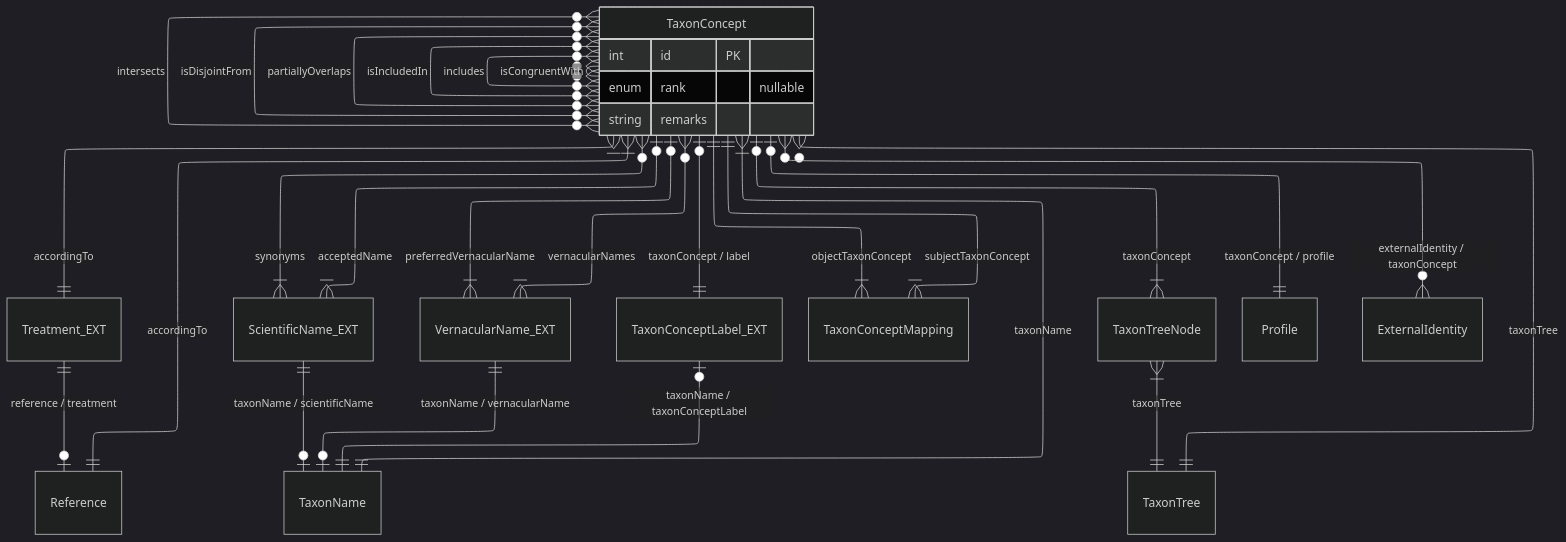
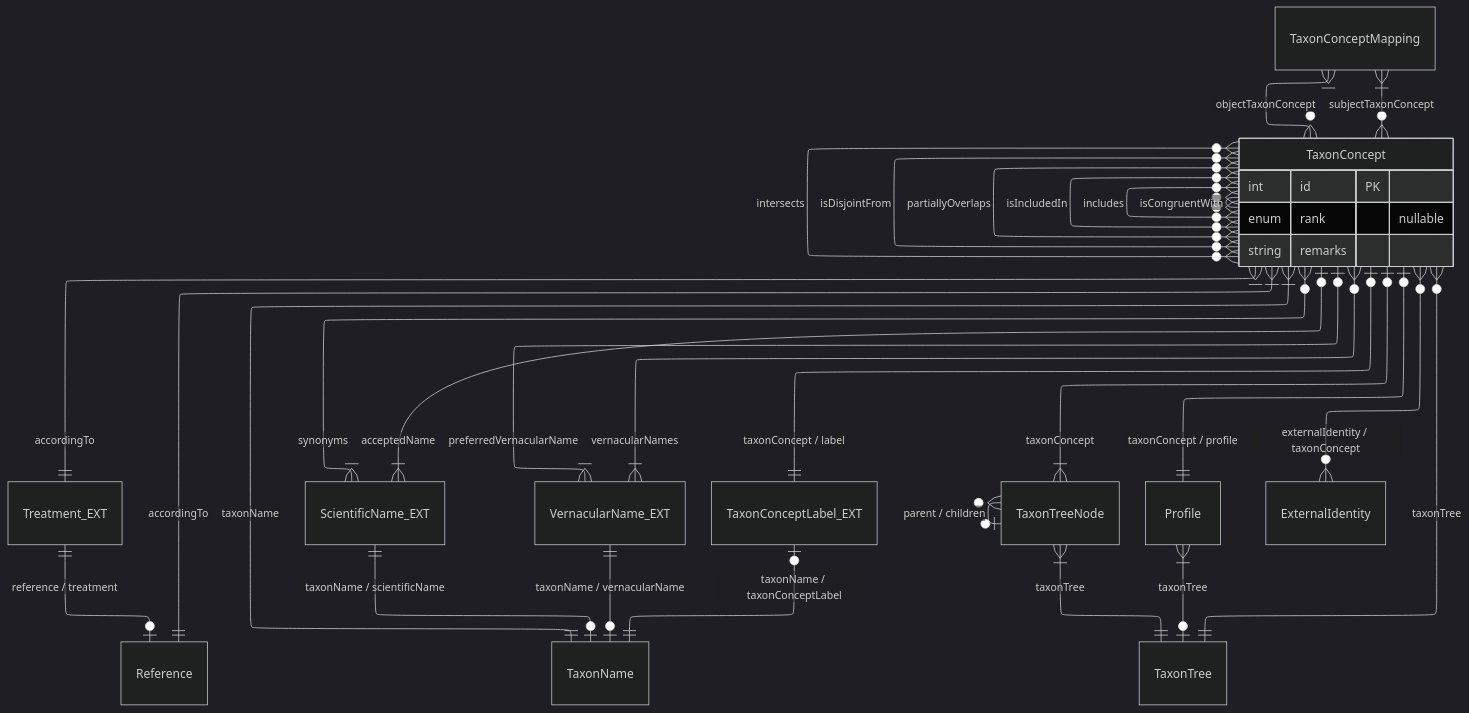
One commit to vicflora/vicflora-docs changed the diagram in source/_mermaid/layer-1a-concept.mmd. Above: the diagram before and after it, drawn with Mermaid (dark theme). The commit also changed 55 other files, not shown here.

```diff
--- a/source/_mermaid/layer-1a-concept.mmd
+++ b/source/_mermaid/layer-1a-concept.mmd
@@ -1,47 +1,50 @@
 ---
 config:
     layout: elk
 ---
 erDiagram
+  TaxonConceptMapping }|--o{ TaxonConcept : "subjectTaxonConcept"
+  TaxonConceptMapping }|--o{ TaxonConcept : "objectTaxonConcept"
+
+  TaxonConcept }o--o{ TaxonConcept: "isCongruentWith"
+  TaxonConcept }o--o{ TaxonConcept: "includes"
+  TaxonConcept }o--o{ TaxonConcept: "isIncludedIn"
+  TaxonConcept }o--o{ TaxonConcept: "partiallyOverlaps"
+  TaxonConcept }o--o{ TaxonConcept: "isDisjointFrom"
+  TaxonConcept }o--o{ TaxonConcept: "intersects"
+
   TaxonConcept }|--|| Reference : "accordingTo"
   TaxonConcept }|--|| Treatment_EXT : "accordingTo"
   Treatment_EXT ||--o| Reference : "reference / treatment"
 
   TaxonConcept }|--|| TaxonName : "taxonName"
   TaxonConcept |o--|{ ScientificName_EXT : "acceptedName"
   TaxonConcept }o--|{ ScientificName_EXT : "synonyms"
   ScientificName_EXT ||--o| TaxonName : "taxonName / scientificName"
   TaxonConcept }o--|{ VernacularName_EXT : "vernacularNames"
   TaxonConcept |o--|{ VernacularName_EXT : "preferredVernacularName"
   VernacularName_EXT ||--o| TaxonName : "taxonName / vernacularName"
   TaxonConcept |o--|| TaxonConceptLabel_EXT : "taxonConcept / label"
   TaxonConceptLabel_EXT |o--|| TaxonName : "taxonName / taxonConceptLabel" 
 
-  TaxonConcept }o--o{ TaxonConcept: "isCongruentWith"
-  TaxonConcept }o--o{ TaxonConcept: "includes"
-  TaxonConcept }o--o{ TaxonConcept: "isIncludedIn"
-  TaxonConcept }o--o{ TaxonConcept: "partiallyOverlaps"
-  TaxonConcept }o--o{ TaxonConcept: "isDisjointFrom"
-  TaxonConcept }o--o{ TaxonConcept: "intersects"
-
-  TaxonConcept ||--|{ TaxonConceptMapping : "subjectTaxonConcept"
-  TaxonConcept ||--|{ TaxonConceptMapping : "objectTaxonConcept"
-
   TaxonConcept }o--|| TaxonTree : "taxonTree"
   TaxonConcept |o--|{ TaxonTreeNode : "taxonConcept"
   TaxonTreeNode }|--|| TaxonTree : "taxonTree"
+  TaxonTreeNode }o--o| TaxonTreeNode : "parent / children"
 
   TaxonConcept |o--|| Profile : "taxonConcept / profile"
+  %% Profile }o--|{ Distribution : "distribution"
+  %% Profile }o--|{ Specimen : "vouchers"
+  %% Profile }o--|{ Image : "media"
+  Profile }|--o| TaxonTree : "taxonTree"
+  %% Distribution }|--o| TaxonTree : "taxonTree"
+  %% Specimen }|--o| TaxonTree : "taxonTree"
+  %% Image }|--o| TaxonTree : "taxonTree"
 
-  %% TaxonConcept |o--o{ Entity_Identity_MAP : "morphs as 'linkable'"
-  %% Entity_Identity_MAP }|--o| ExternalIdentity : "externalIdentity"
   TaxonConcept }o--o{ ExternalIdentity : "externalIdentity / taxonConcept"
 
   TaxonConcept {
     int id PK
-    %% int taxon_tree_id FK "nullable"
-    %% int taxon_name_id FK 
-    %% int according_to_id FK 
     enum rank "nullable"
     string remarks
   }
```
